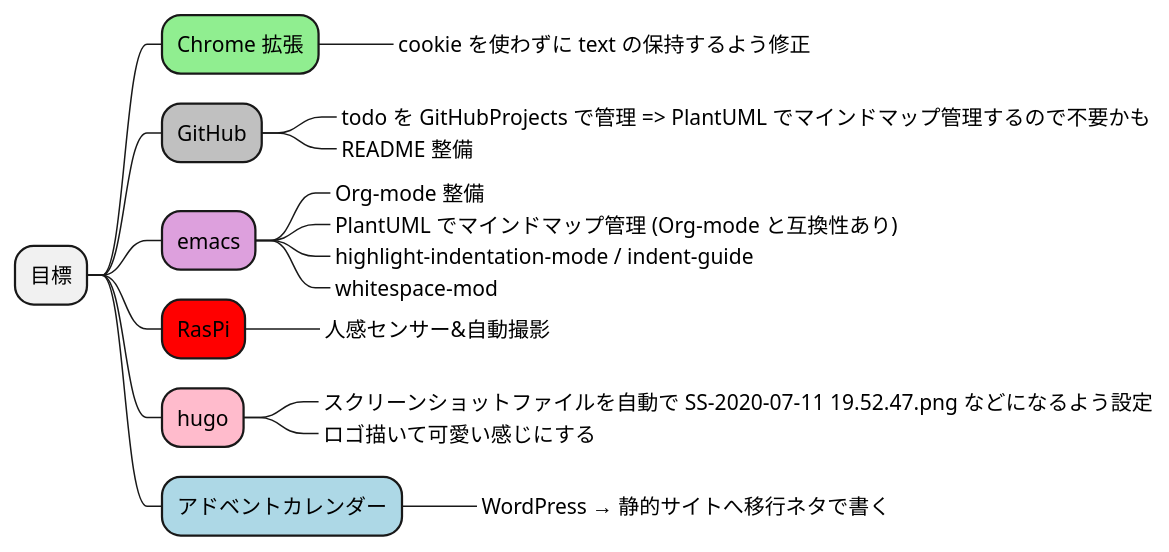
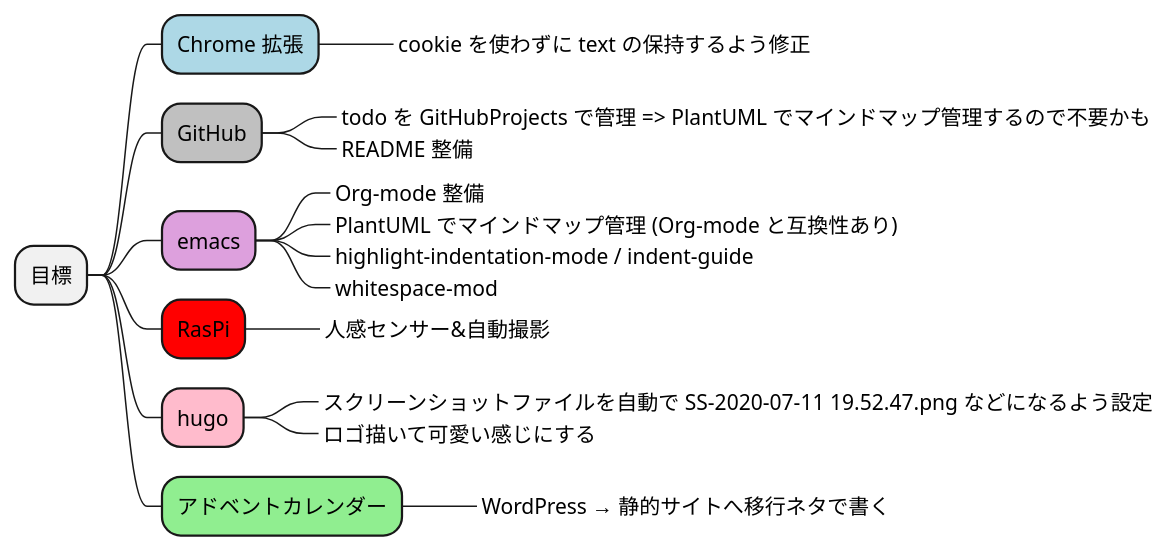
One commit to Ishizuka427/MindMap changed the diagram in test.puml. Above: the diagram before and after it, drawn with PlantUML.

```diff
--- a/test.puml
+++ b/test.puml
@@ -1,20 +1,20 @@
 @startmindmap
 * 目標
-**[#lightgreen] Chrome 拡張
+**[#lightblue] Chrome 拡張
 ***_ cookie を使わずに text の保持するよう修正
 **[#silver] GitHub
 ***_ todo を GitHubProjects で管理 => PlantUML でマインドマップ管理するので不要かも
 ***_ README 整備
 **[#plum] emacs
 ***_ Org-mode 整備
 ***_ PlantUML でマインドマップ管理 (Org-mode と互換性あり)
 ***_ highlight-indentation-mode / indent-guide
 ***_ whitespace-mod
 **[#red] RasPi
 ***_ 人感センサー&自動撮影
 **[#FFBBCC] hugo
 ***_ スクリーンショットファイルを自動で SS-2020-07-11 19.52.47.png などになるよう設定
 ***_ ロゴ描いて可愛い感じにする
-**[#lightblue] アドベントカレンダー
+**[#lightgreen] アドベントカレンダー
 ***_ WordPress → 静的サイトへ移行ネタで書く
 @endmindmap
```
